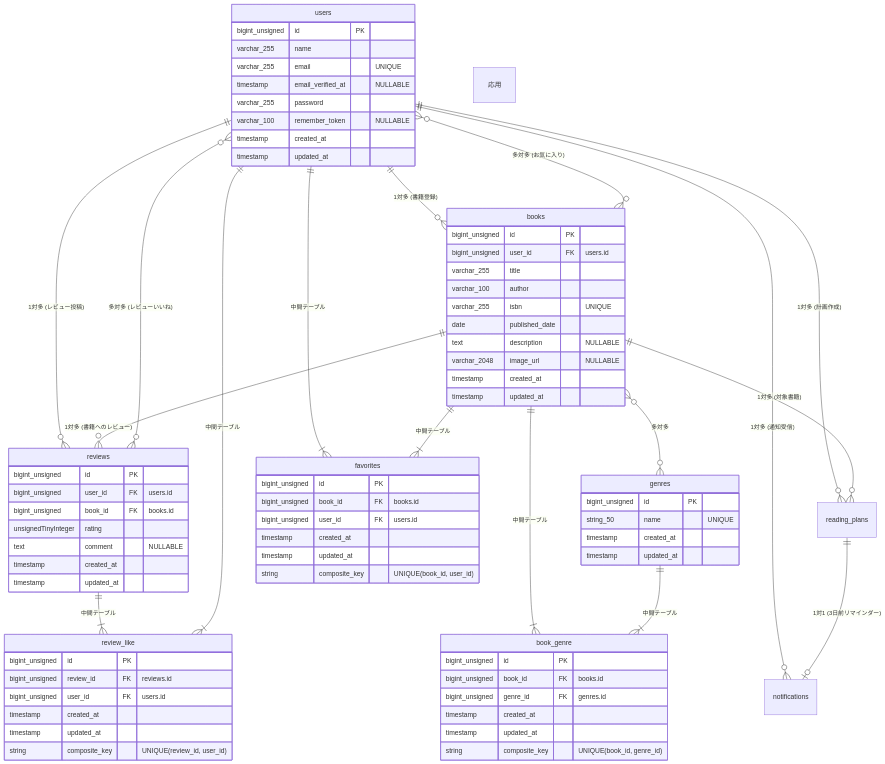
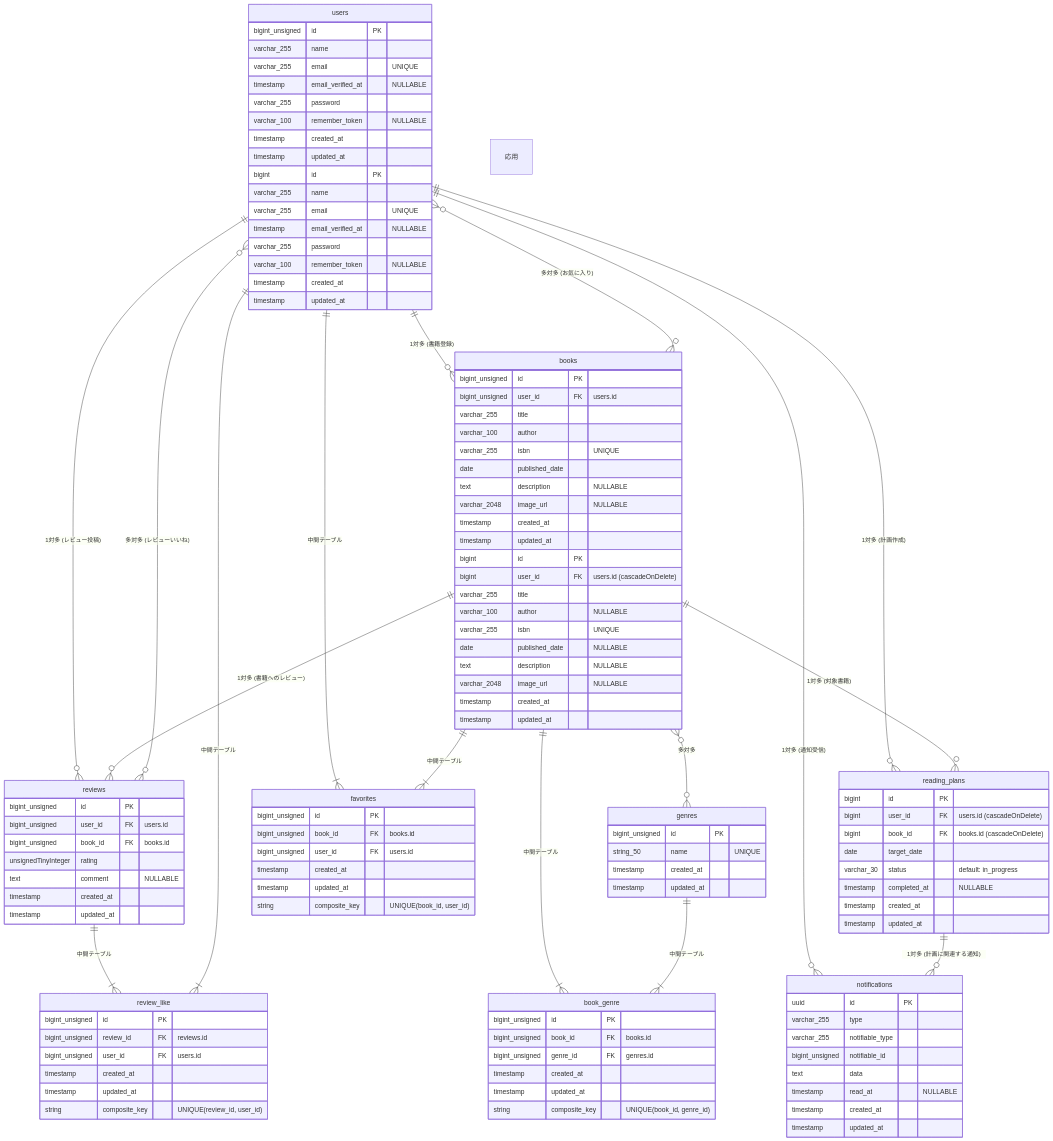
Before and after one commit to chonnpi/bookshelf-app: the diagram in README.md, drawn with Mermaid. The commit also changed other lines of this file and 9 other files, not shown here.

````diff
--- a/README.md
+++ b/README.md
@@ -33,7 +36,7 @@
     books ||--o{ reading_plans : "1対多 (対象書籍)"
 
     users ||--o{ notifications : "1対多 (通知受信)"
-    reading_plans ||--o| notifications : "1対1 (3日前リマインダー)"
+    reading_plans ||--o{ notifications : "1対多 (計画に関連する通知)"
 
 users {
         bigint_unsigned id PK
@@ -102,4 +105,51 @@
         timestamp updated_at
         string composite_key "UNIQUE(book_id, user_id)"
     }
+
+応用
+users {
+        bigint id PK
+        varchar_255 name
+        varchar_255 email "UNIQUE"
+        timestamp email_verified_at "NULLABLE"
+        varchar_255 password
+        varchar_100 remember_token "NULLABLE"
+        timestamp created_at
+        timestamp updated_at
+    }
+
+    books {
+        bigint id PK
+        bigint user_id FK "users.id (cascadeOnDelete)"
+        varchar_255 title
+        varchar_100 author "NULLABLE"
+        varchar_255 isbn "UNIQUE"
+        date published_date "NULLABLE"
+        text description "NULLABLE"
+        varchar_2048 image_url "NULLABLE"
+        timestamp created_at
+        timestamp updated_at
+    }
+
+reading_plans {
+        bigint id PK
+        bigint user_id FK "users.id (cascadeOnDelete)"
+        bigint book_id FK "books.id (cascadeOnDelete)"
+        date target_date
+        varchar_30 status "default: in_progress"
+        timestamp completed_at "NULLABLE"
+        timestamp created_at
+        timestamp updated_at
+    }
+
+    notifications {
+        uuid id PK
+        varchar_255 type
+        varchar_255 notifiable_type
+        bigint_unsigned notifiable_id
+        text data
+        timestamp read_at "NULLABLE"
+        timestamp created_at
+        timestamp updated_at
+    }
 ```
````
